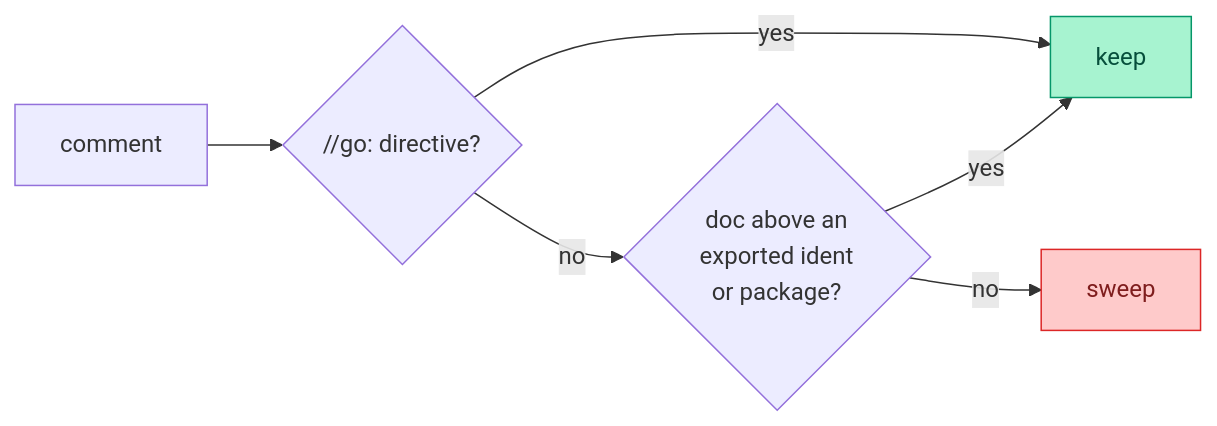
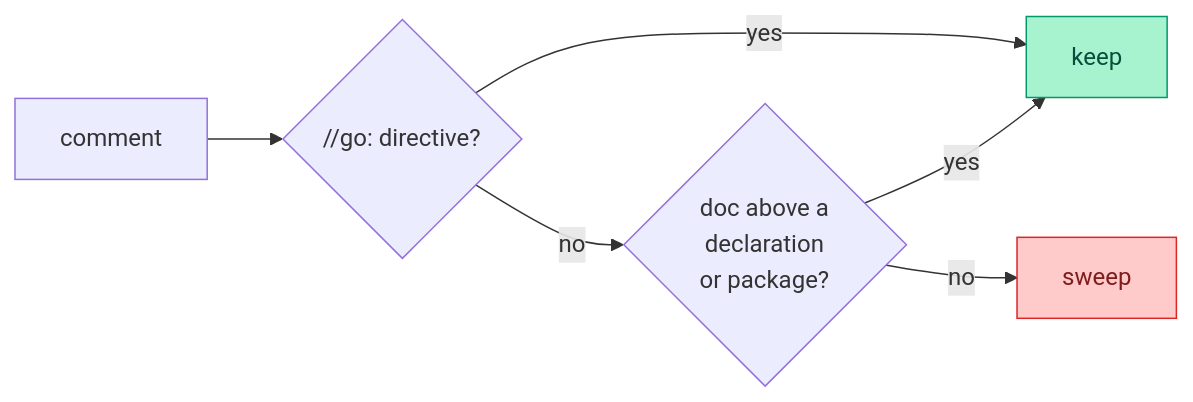
One commit to cristian-sima/stripcomments changed the diagram in README.md. Above: the diagram before and after it, drawn with Mermaid. The commit also changed other lines of this file and 8 other files, not shown here.

````diff
--- a/README.md
+++ b/README.md
@@ -36,13 +37,13 @@
 ```mermaid
 flowchart LR
     A["comment"] --> B{//go: directive?}
     B -->|yes| K["keep"]
-    B -->|no| C{doc above an<br/>exported ident<br/>or package?}
+    B -->|no| C{doc above a<br/>declaration<br/>or package?}
     C -->|yes| K
     C -->|no| D["sweep"]
 
     classDef keep fill:#a7f3d0,stroke:#059669,color:#064e3b;
     classDef drop fill:#fecaca,stroke:#dc2626,color:#7f1d1d;
     class K keep;
     class D drop;
 ```
````
